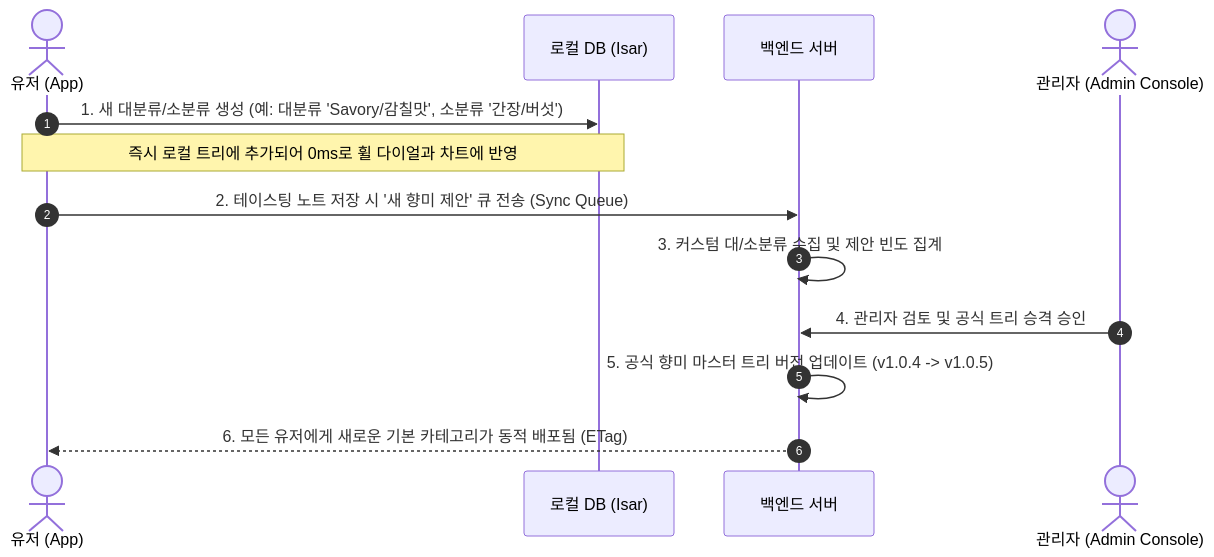
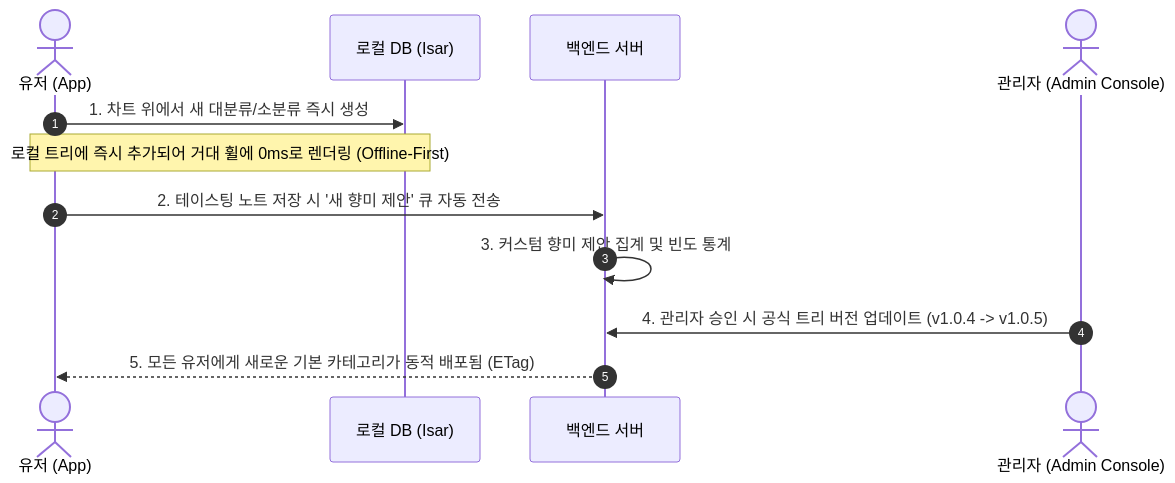
Before and after one commit to chanhooop/FlavorWheel: the second of 4 diagrams in README.md, drawn with Mermaid. The commit also changed other lines of this file and 1 other file, not shown here.

````diff
--- a/README.md
+++ b/README.md
@@ -110,16 +84,15 @@
 ```mermaid
 sequenceDiagram
     autonumber
     actor User as 유저 (App)
     participant LocalDB as 로컬 DB (Isar)
     participant Server as 백엔드 서버
     actor Admin as 관리자 (Admin Console)
 
-    User->>LocalDB: 1. 새 대분류/소분류 생성 (예: 대분류 'Savory/감칠맛', 소분류 '간장/버섯')
-    Note over User,LocalDB: 즉시 로컬 트리에 추가되어 0ms로 휠 다이얼과 차트에 반영
-    User->>Server: 2. 테이스팅 노트 저장 시 '새 향미 제안' 큐 전송 (Sync Queue)
-    Server->>Server: 3. 커스텀 대/소분류 수집 및 제안 빈도 집계
-    Admin->>Server: 4. 관리자 검토 및 공식 트리 승격 승인
-    Server->>Server: 5. 공식 향미 마스터 트리 버전 업데이트 (v1.0.4 -> v1.0.5)
-    Server-->>User: 6. 모든 유저에게 새로운 기본 카테고리가 동적 배포됨 (ETag)
+    User->>LocalDB: 1. 차트 위에서 새 대분류/소분류 즉시 생성
+    Note over User,LocalDB: 로컬 트리에 즉시 추가되어 거대 휠에 0ms로 렌더링 (Offline-First)
+    User->>Server: 2. 테이스팅 노트 저장 시 '새 향미 제안' 큐 자동 전송
+    Server->>Server: 3. 커스텀 향미 제안 집계 및 빈도 통계
+    Admin->>Server: 4. 관리자 승인 시 공식 트리 버전 업데이트 (v1.0.4 -> v1.0.5)
+    Server-->>User: 5. 모든 유저에게 새로운 기본 카테고리가 동적 배포됨 (ETag)
 ```
````
